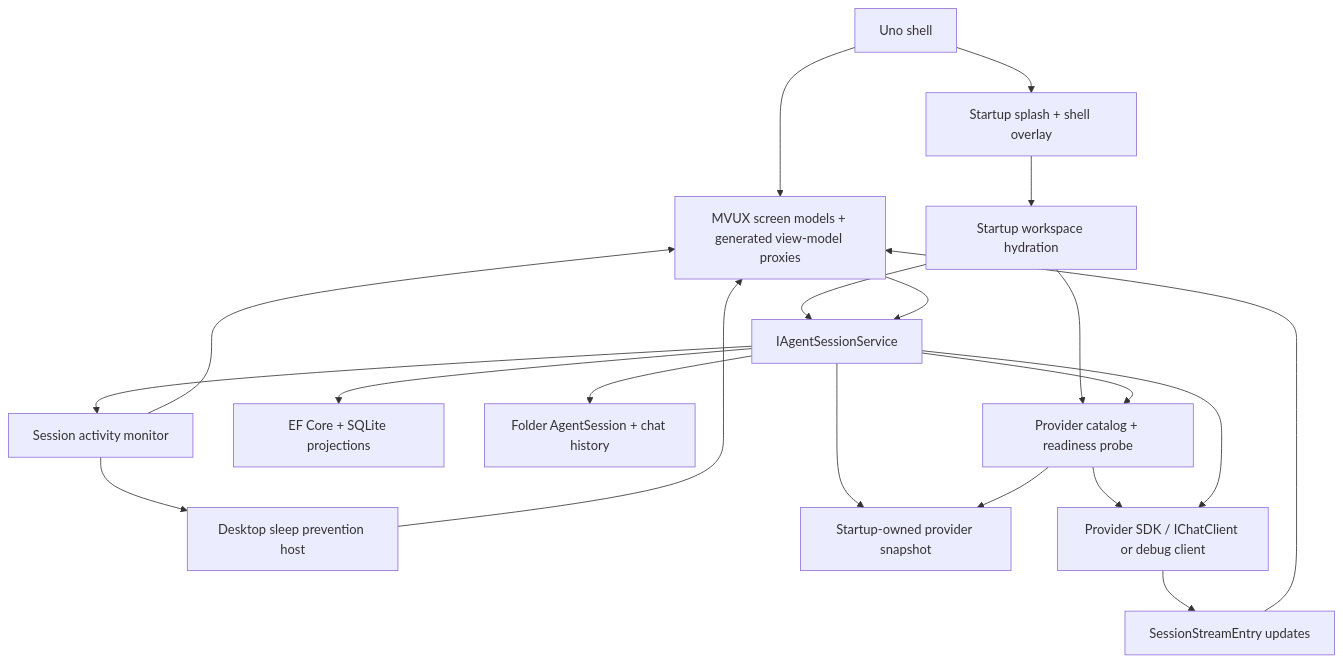
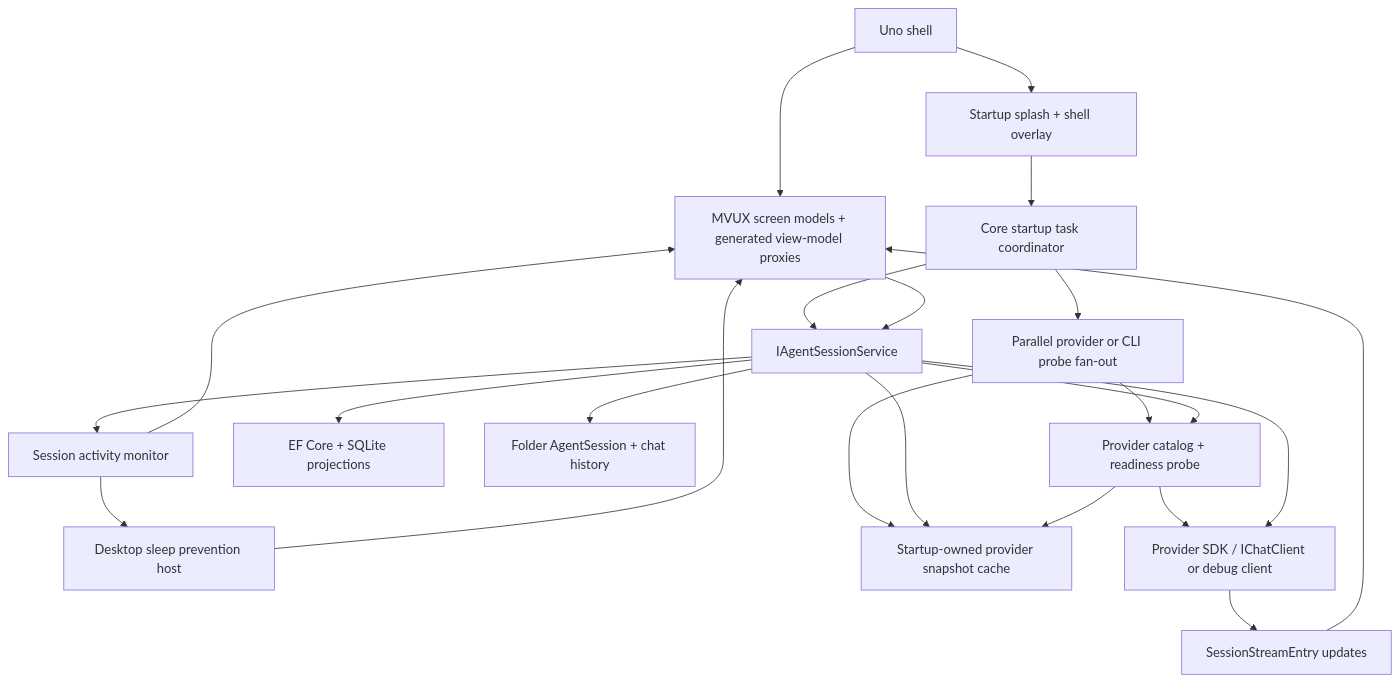
One commit to managedcode/dotPilot changed the third of 4 diagrams in docs/Architecture.md. Above: the diagram before and after it, drawn with Mermaid. The commit also changed other lines of this file and 53 other files, not shown here.

````diff
--- a/docs/Architecture.md
+++ b/docs/Architecture.md
@@ -77,36 +78,39 @@
 ```mermaid
 flowchart TD
   Ui["Uno shell"]
   Splash["Startup splash + shell overlay"]
   ViewModels["MVUX screen models + generated view-model proxies"]
   Service["IAgentSessionService"]
-  Hydration["Startup workspace hydration"]
+  StartupTask["Core startup task coordinator"]
+  ProbeFanout["Parallel provider or CLI probe fan-out"]
   LiveActivity["Session activity monitor"]
   WakeLock["Desktop sleep prevention host"]
   ProjectionStore["EF Core + SQLite projections"]
   SessionStore["Folder AgentSession + chat history"]
   ProviderCatalog["Provider catalog + readiness probe"]
-  ProviderSnapshot["Startup-owned provider snapshot"]
+  ProviderSnapshot["Startup-owned provider snapshot cache"]
   ProviderClient["Provider SDK / IChatClient or debug client"]
   Stream["SessionStreamEntry updates"]
 
   Ui --> ViewModels
   Ui --> Splash
-  Splash --> Hydration
-  Hydration --> Service
-  Hydration --> ProviderCatalog
+  Splash --> StartupTask
+  StartupTask --> Service
+  StartupTask --> ProbeFanout
+  ProbeFanout --> ProviderCatalog
+  ProbeFanout --> ProviderSnapshot
   ViewModels --> Service
   Service --> ProjectionStore
   Service --> SessionStore
   Service --> LiveActivity
   Service --> ProviderCatalog
   Service --> ProviderSnapshot
   LiveActivity --> WakeLock
   LiveActivity --> ViewModels
   WakeLock --> ViewModels
   ProviderCatalog --> ProviderSnapshot
   ProviderCatalog --> ProviderClient
   Service --> ProviderClient
   ProviderClient --> Stream
   Stream --> ViewModels
 ```
````
